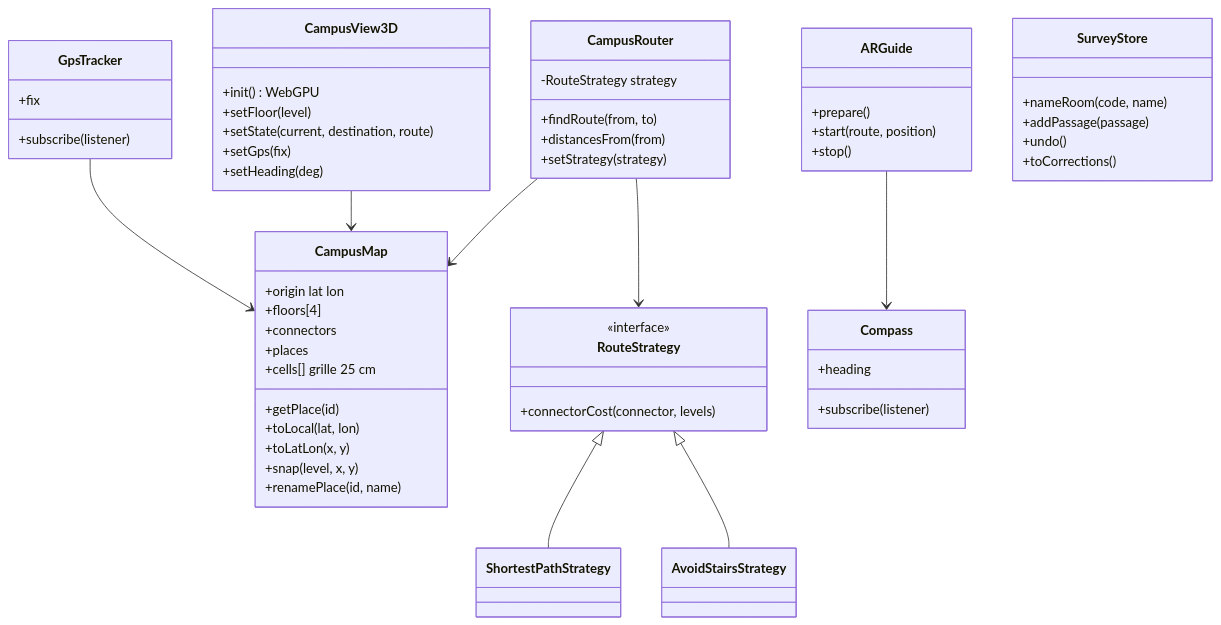
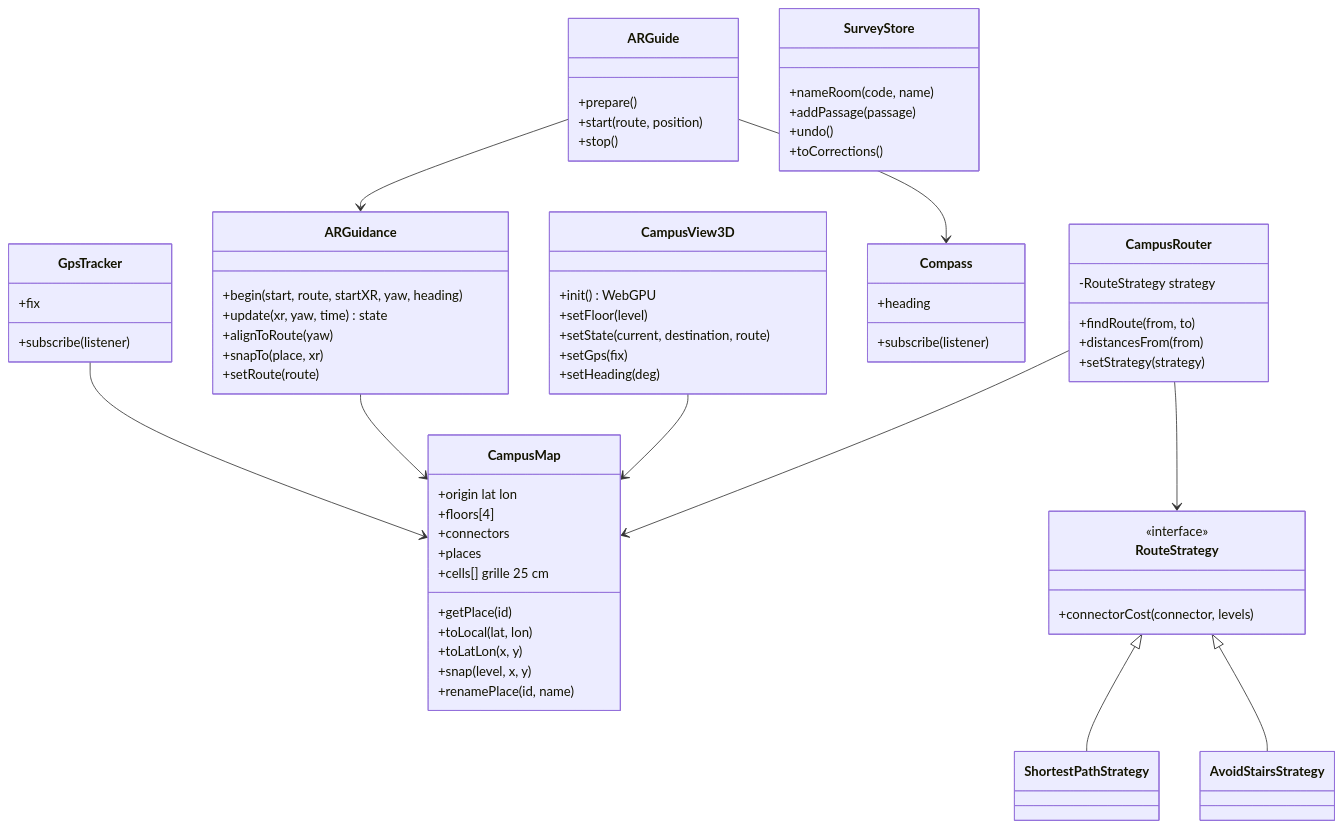
One commit to yessinomhiri-cpu/indoor-wayfinder changed the fourth of 5 diagrams in docs/design-notebook.md. Above: the diagram before and after it, drawn with Mermaid. The commit also changed other lines of this file and 12 other files, not shown here.

````diff
--- a/docs/design-notebook.md
+++ b/docs/design-notebook.md
@@ -127,60 +132,69 @@
 ```mermaid
 classDiagram
     class CampusMap {
         +origin lat lon
         +floors[4]
         +connectors
         +places
         +cells[] grille 25 cm
         +getPlace(id)
         +toLocal(lat, lon)
         +toLatLon(x, y)
         +snap(level, x, y)
         +renamePlace(id, name)
     }
     class CampusRouter {
         -RouteStrategy strategy
         +findRoute(from, to)
         +distancesFrom(from)
         +setStrategy(strategy)
     }
     class RouteStrategy {
         <<interface>>
         +connectorCost(connector, levels)
     }
     class ShortestPathStrategy
     class AvoidStairsStrategy
     class CampusView3D {
         +init() WebGPU
         +setFloor(level)
         +setState(current, destination, route)
         +setGps(fix)
         +setHeading(deg)
     }
     class ARGuide {
         +prepare()
         +start(route, position)
         +stop()
     }
+    class ARGuidance {
+        +begin(start, route, startXR, yaw, heading)
+        +update(xr, yaw, time) state
+        +alignToRoute(yaw)
+        +snapTo(place, xr)
+        +setRoute(route)
+    }
     class Compass {
         +heading
         +subscribe(listener)
     }
     class GpsTracker {
         +fix
         +subscribe(listener)
     }
     class SurveyStore {
         +nameRoom(code, name)
         +addPassage(passage)
         +undo()
         +toCorrections()
     }
     CampusRouter --> CampusMap
     CampusRouter --> RouteStrategy
     RouteStrategy <|-- ShortestPathStrategy
     RouteStrategy <|-- AvoidStairsStrategy
     CampusView3D --> CampusMap
     ARGuide --> Compass
+    ARGuide --> ARGuidance
+    ARGuidance --> CampusMap
     GpsTracker --> CampusMap
 ```
````
